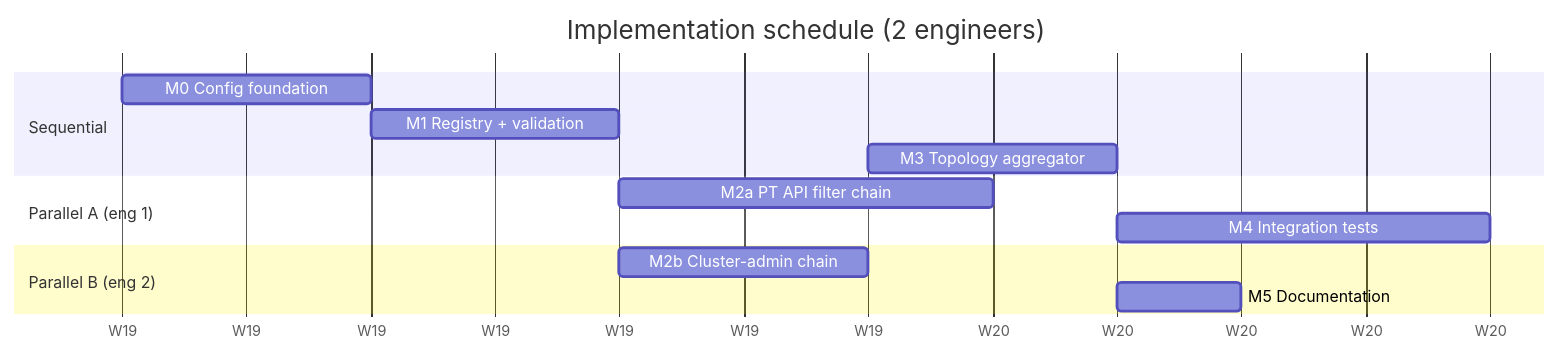
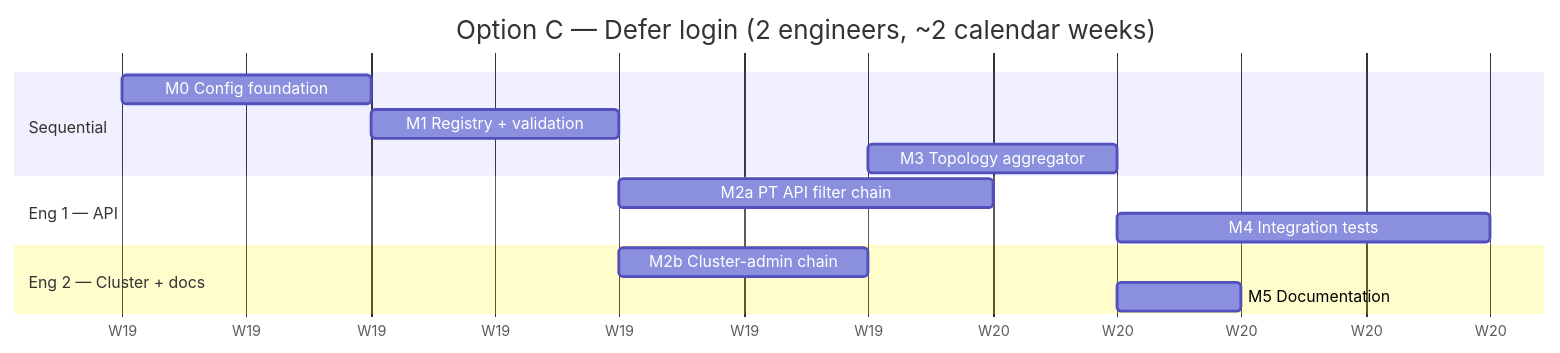
Before and after one commit to camunda/camunda: the ninth of 9 diagrams in docs/monorepo-docs/architecture/components/identity/physical-tenants-identity-plan.md, drawn with Mermaid. The commit also changed other lines of this file, not shown here.

First line of the commit message:
docs: option-aware milestones (A, B, C) with totals and Gantt per option

````diff
--- a/docs/monorepo-docs/architecture/components/identity/physical-tenants-identity-plan.md
+++ b/docs/monorepo-docs/architecture/components/identity/physical-tenants-identity-plan.md
@@ -1272,16 +1399,16 @@
 ```mermaid
 gantt
-    title Implementation schedule (2 engineers)
+    title Option C — Defer login (2 engineers, ~2 calendar weeks)
     dateFormat  YYYY-MM-DD
     axisFormat  W%V
     section Sequential
-    M0 Config foundation        :m0, 2026-05-04, 2d
-    M1 Registry + validation    :m1, after m0, 2d
-    M3 Topology aggregator      :m3, after m2b, 2d
-    section Parallel A (eng 1)
-    M2a PT API filter chain     :m2a, after m1, 3d
-    M4 Integration tests        :m4, after m3, 3d
-    section Parallel B (eng 2)
-    M2b Cluster-admin chain     :m2b, after m1, 2d
-    M5 Documentation            :m5, after m3, 1d
+    M0 Config foundation        :m0c, 2026-05-04, 2d
+    M1 Registry + validation    :m1c, after m0c, 2d
+    M3 Topology aggregator      :m3c, after m2bc, 2d
+    section Eng 1 — API
+    M2a PT API filter chain     :m2ac, after m1c, 3d
+    M4 Integration tests        :m4c, after m3c, 3d
+    section Eng 2 — Cluster + docs
+    M2b Cluster-admin chain     :m2bc, after m1c, 2d
+    M5 Documentation            :m5c, after m3c, 1d
 ```
````
